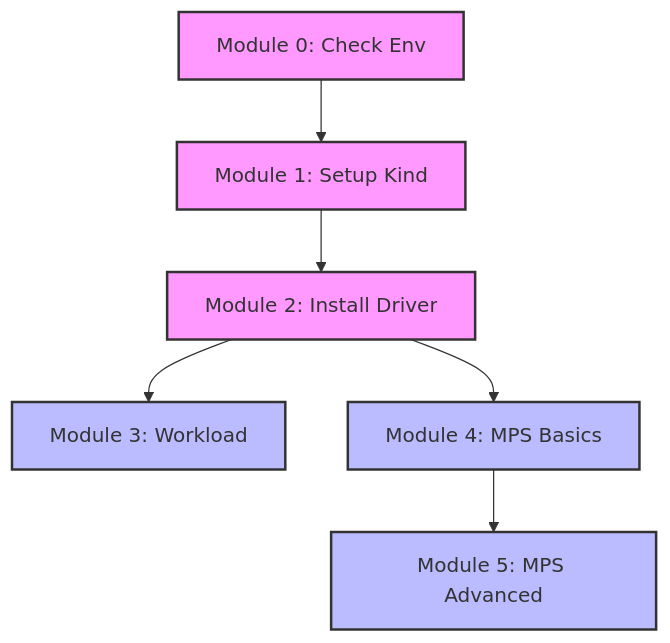
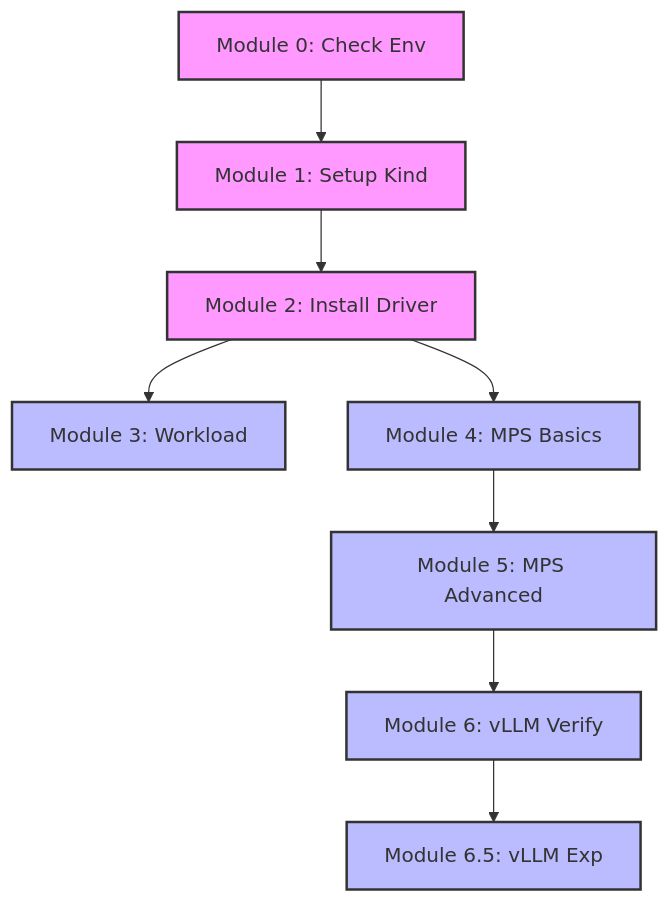
Before and after one commit to Shiritai/k8s-dra-workshop: the diagram in README.md, drawn with Mermaid. The commit also changed other lines of this file and 2 other files, not shown here.

First line of the commit message:
docs(phase1): finalize readme and polish workload descriptions

````diff
--- a/README.md
+++ b/README.md
@@ -21,23 +31,27 @@
 ```mermaid
 graph TD
     %% Nodes
     M0[Module 0: Check Env]
     M1[Module 1: Setup Kind]
     M2[Module 2: Install Driver]
     M3[Module 3: Workload]
     M4[Module 4: MPS Basics]
     M5[Module 5: MPS Advanced]
+    M6[Module 6: vLLM Verify]
+    M6.5[Module 6.5: vLLM Exp]
 
     %% Dependencies
     M0 --> M1
     M1 --> M2
     M2 --> M3
     M2 --> M4
     M4 --> M5
+    M5 --> M6
+    M6 --> M6.5
 
     %% Styling
     classDef infra fill:#f9f,stroke:#333,stroke-width:2px;
     classDef workload fill:#bbf,stroke:#333,stroke-width:2px;
     class M0,M1,M2 infra;
-    class M3,M4,M5 workload;
+    class M3,M4,M5,M6,M6.5 workload;
 ```
````
